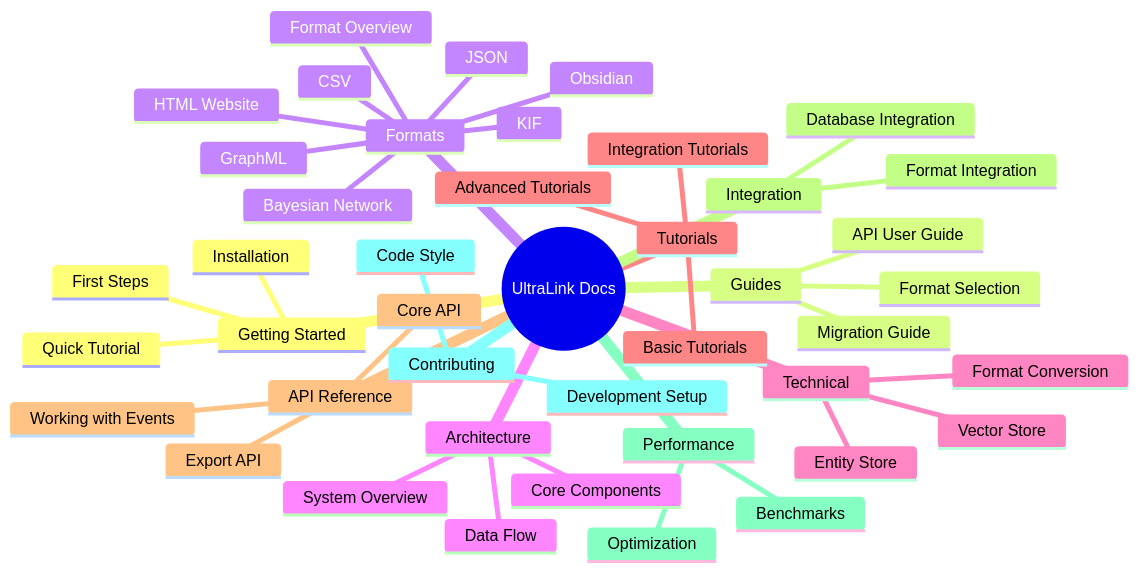
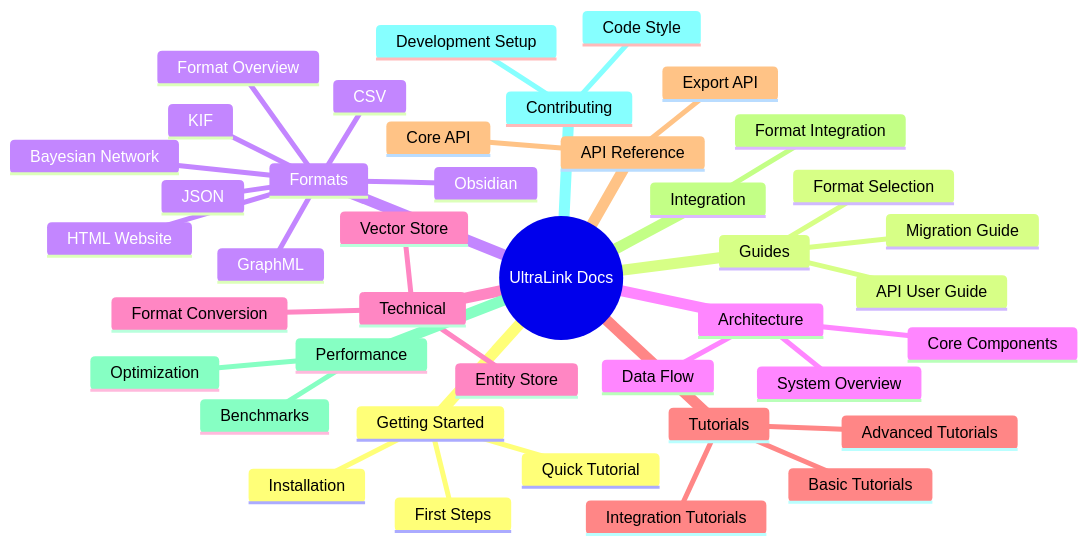
One commit to docxology/ultralink-docx changed the diagram in docs/README.md. Above: the diagram before and after it, drawn with Mermaid. The commit also changed other lines of this file and 1 other file, not shown here.

````diff
--- a/docs/README.md
+++ b/docs/README.md
@@ -37,46 +35,44 @@
 ```mermaid
 mindmap
   root((UltraLink Docs))
     Getting Started
       Installation
       First Steps
       Quick Tutorial
     Guides
       API User Guide
       Format Selection
       Migration Guide
     Formats
       JSON
       GraphML
       CSV
       Obsidian
       HTML Website
       Bayesian Network
       KIF
       Format Overview
     Architecture
       System Overview
       Core Components
       Data Flow
     Technical
       Format Conversion
       Entity Store
       Vector Store
     Tutorials
       Basic Tutorials
       Advanced Tutorials
       Integration Tutorials
     API Reference
       Core API
       Export API
-      Working with Events
     Integration
       Format Integration
-      Database Integration
     Performance
       Benchmarks
       Optimization
     Contributing
       Development Setup
       Code Style
 ```
````
